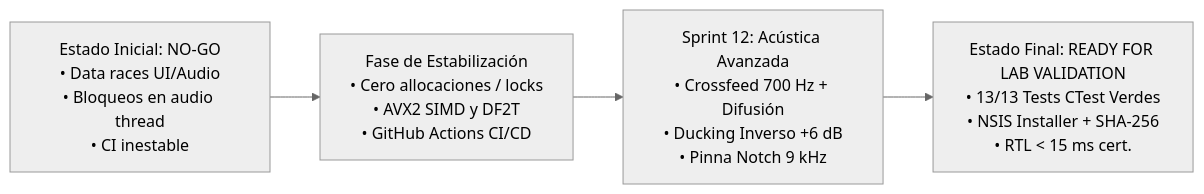
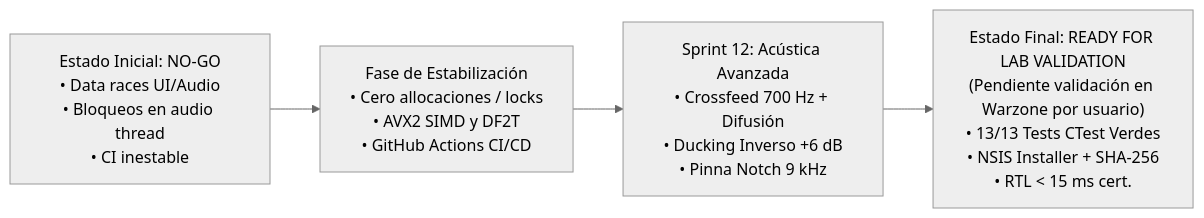
Before and after one commit to jose-seminario/DashCompetitivoAudio: the diagram in PROJECT_MATURITY.md, drawn with Mermaid (neutral theme). The commit also changed other lines of this file and 2 other files, not shown here.

Commit message:
docs(audit): clarify validation status, optimize artifact packaging, and harden bypass checks

````diff
--- a/PROJECT_MATURITY.md
+++ b/PROJECT_MATURITY.md
@@ -16,6 +18,6 @@
 ```mermaid
 graph LR
     A["Estado Inicial: NO-GO<br/>• Data races UI/Audio<br/>• Bloqueos en audio thread<br/>• CI inestable"] --> B["Fase de Estabilización<br/>• Cero allocaciones / locks<br/>• AVX2 SIMD y DF2T<br/>• GitHub Actions CI/CD"]
     B --> C["Sprint 12: Acústica Avanzada<br/>• Crossfeed 700 Hz + Difusión<br/>• Ducking Inverso +6 dB<br/>• Pinna Notch 9 kHz"]
-    C --> D["Estado Final: READY FOR LAB VALIDATION<br/>• 13/13 Tests CTest Verdes<br/>• NSIS Installer + SHA-256<br/>• RTL < 15 ms cert."]
+    C --> D["Estado Final: READY FOR LAB VALIDATION<br/>(Pendiente validación en Warzone por usuario)<br/>• 13/13 Tests CTest Verdes<br/>• NSIS Installer + SHA-256<br/>• RTL < 15 ms cert."]
 ```
````
